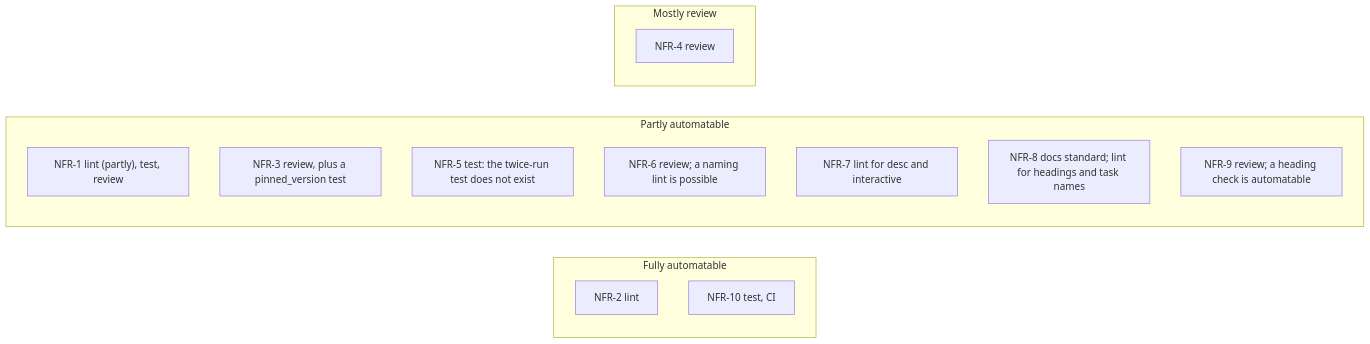
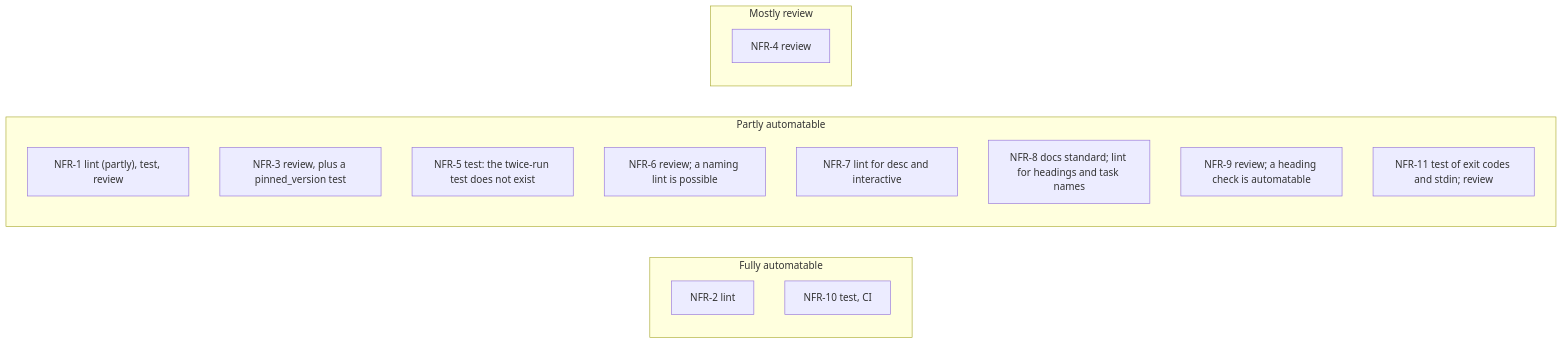
One commit to nabil-becker/devcontainer-features changed the second of 3 diagrams in docs/principles/non-functional-requirements.md. Above: the diagram before and after it, drawn with Mermaid. The commit also changed other lines of this file and 9 other files, not shown here.

````diff
--- a/docs/principles/non-functional-requirements.md
+++ b/docs/principles/non-functional-requirements.md
@@ -135,19 +144,20 @@
 ```mermaid
 flowchart LR
   subgraph full["Fully automatable"]
     c2["NFR-2 lint"]
     c10["NFR-10 test, CI"]
   end
   subgraph partly["Partly automatable"]
     c1["NFR-1 lint (partly), test, review"]
     c3["NFR-3 review, plus a pinned_version test"]
     c5["NFR-5 test: the twice-run test does not exist"]
     c6["NFR-6 review; a naming lint is possible"]
     c7["NFR-7 lint for desc and interactive"]
     c8["NFR-8 docs standard; lint for headings and task names"]
     c9["NFR-9 review; a heading check is automatable"]
+    c11["NFR-11 test of exit codes and stdin; review"]
   end
   subgraph review["Mostly review"]
     c4["NFR-4 review"]
   end
 ```
````
